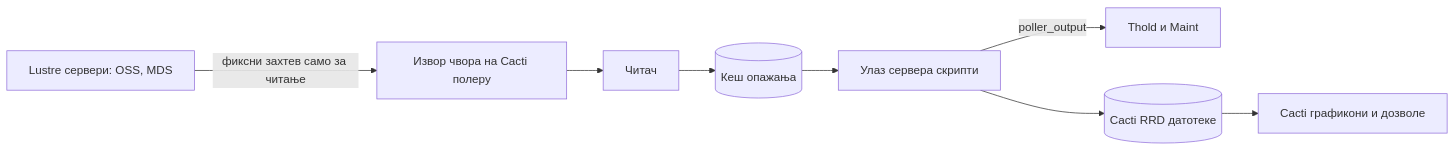
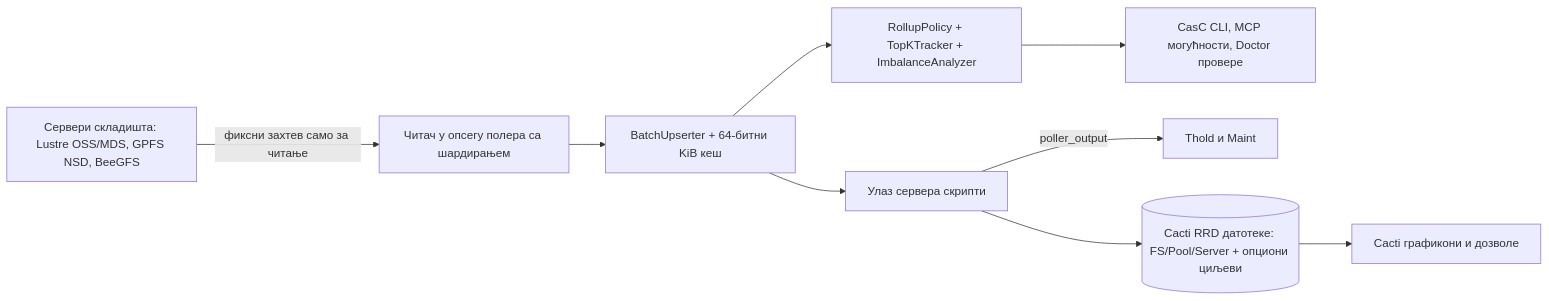
One commit to somethingwithproof/plugin_pfs changed the diagram in docs/i18n/sr-RS/README.md. Above: the diagram before and after it, drawn with Mermaid. The commit also changed other lines of this file and 47 other files, not shown here.

````diff
--- a/docs/i18n/sr-RS/README.md
+++ b/docs/i18n/sr-RS/README.md
@@ -64,10 +72,11 @@
 ```mermaid
 flowchart LR
-    N[Lustre сервери: OSS, MDS] -->|фиксни захтев само за читање| S[Извор чвора на Cacti полеру]
-    S --> R[Читач]
-    R --> C[(Кеш опажања)]
-    C --> SS[Улаз сервера скрипти]
-    SS -->|poller_output| T[Thold и Maint]
-    SS --> RRD[(Cacti RRD датотеке)]
-    RRD --> G[Cacti графикони и дозволе]
+    N["Сервери складишта: Lustre OSS/MDS, GPFS NSD, BeeGFS"] -->|фиксни захтев само за читање| S["Читач у опсегу полера са шардирањем"]
+    S --> B["BatchUpserter + 64-битни KiB кеш"]
+    B --> R["RollupPolicy + TopKTracker + ImbalanceAnalyzer"]
+    B --> SS["Улаз сервера скрипти"]
+    R --> ECO["CasC CLI, MCP могућности, Doctor провере"]
+    SS -->|poller_output| T["Thold и Maint"]
+    SS --> RRD[("Cacti RRD датотеке: FS/Pool/Server + опциони циљеви")]
+    RRD --> G["Cacti графикони и дозволе"]
 ```
````
